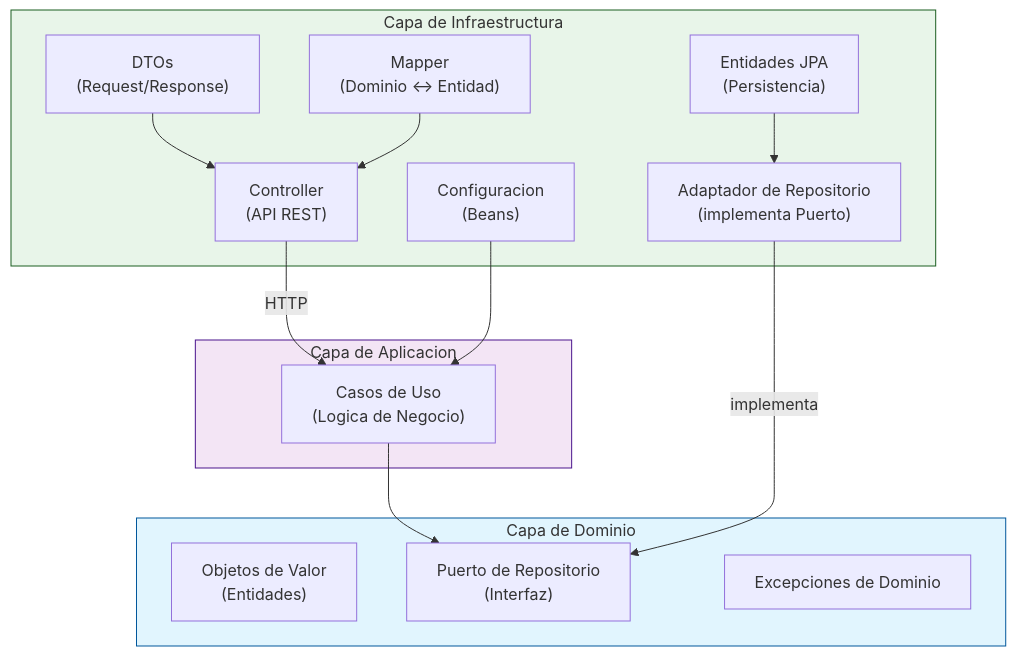
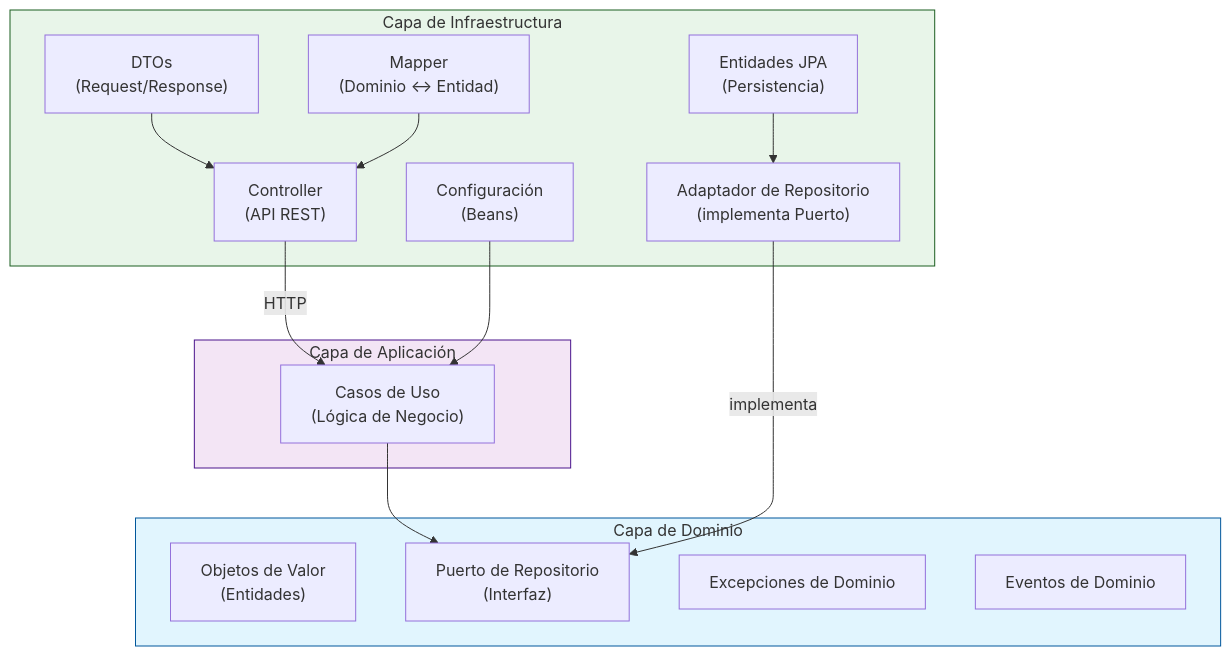
The first of 4 diagrams in README_SPANISH.md (EliteShopColombia/EliteShopOnlineBackend), drawn with Mermaid before and after one commit. The commit also changed other lines of this file and 22 other files, not shown here.

````diff
--- a/README_SPANISH.md
+++ b/README_SPANISH.md
@@ -54,33 +76,34 @@
 ```mermaid
 graph TB
     subgraph Infrastructure["Capa de Infraestructura"]
         Controller["Controller<br/>(API REST)"]
         DTO["DTOs<br/>(Request/Response)"]
-        Mapper["Mapper<br/>(Dominio <-> Entidad)"]
+        Mapper["Mapper<br/>(Dominio ↔ Entidad)"]
         Adapter["Adaptador de Repositorio<br/>(implementa Puerto)"]
         Entity["Entidades JPA<br/>(Persistencia)"]
-        Config["Configuracion<br/>(Beans)"]
+        Config["Configuración<br/>(Beans)"]
     end
 
-    subgraph Application["Capa de Aplicacion"]
-        UseCase["Casos de Uso<br/>(Logica de Negocio)"]
+    subgraph Application["Capa de Aplicación"]
+        UseCase["Casos de Uso<br/>(Lógica de Negocio)"]
     end
 
     subgraph Domain["Capa de Dominio"]
         Model["Objetos de Valor<br/>(Entidades)"]
         Port["Puerto de Repositorio<br/>(Interfaz)"]
         Exception["Excepciones de Dominio"]
+        Event["Eventos de Dominio"]
     end
 
     Controller -->|HTTP| UseCase
     DTO --> Controller
     Mapper --> Controller
     UseCase --> Port
     Adapter -->|implementa| Port
     Entity --> Adapter
     Config --> UseCase
 
     style Domain fill:#e1f5fe,stroke:#01579b
     style Application fill:#f3e5f5,stroke:#4a148c
     style Infrastructure fill:#e8f5e9,stroke:#1b5e20
 ```
````
